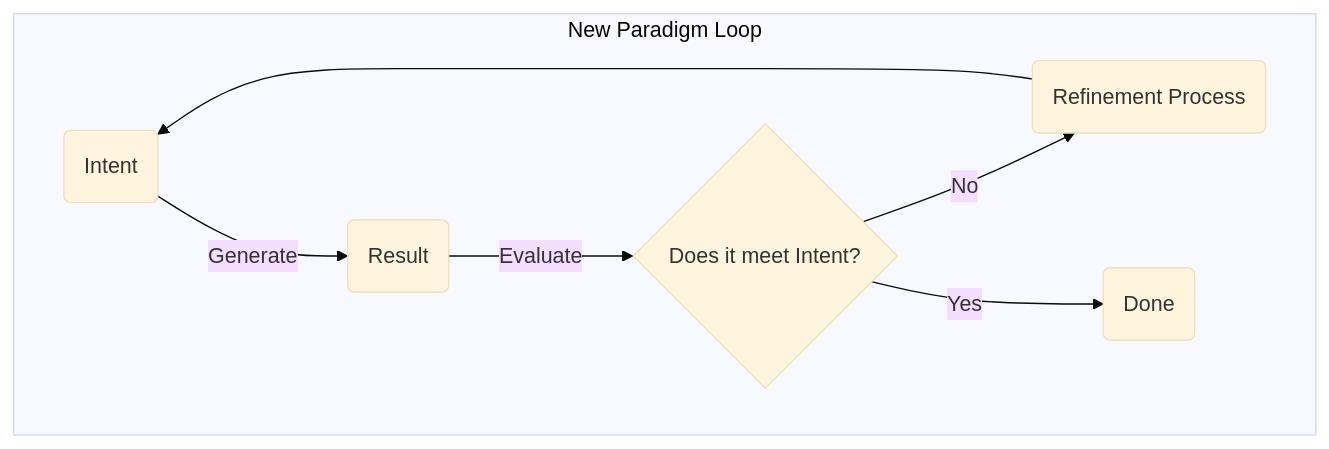
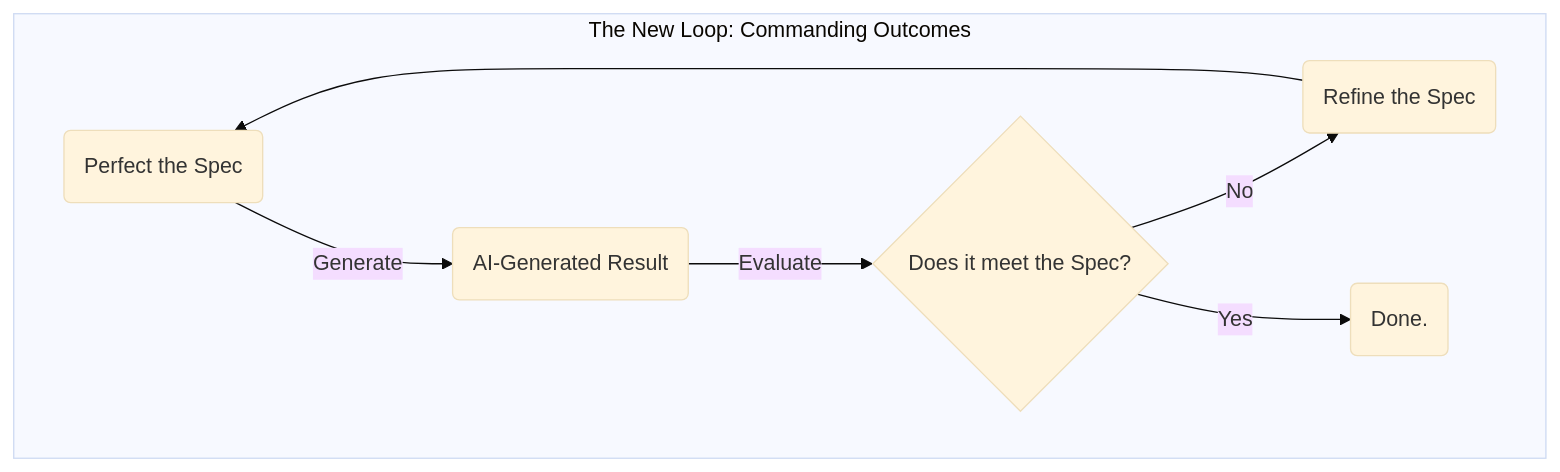
Before and after one commit to bahsim/idgl-dev-system: the second of 2 diagrams in 00-core.md, drawn with Mermaid (base theme). The commit also changed other lines of this file and 27 other files, not shown here.

````diff
--- a/00-core.md
+++ b/00-core.md
@@ -47,10 +42,11 @@
 ```mermaid
 graph TD
-    subgraph New Paradigm Loop
-        A(Intent) -- "Generate" --> B(Result);
-        B -- "Evaluate" --> C{Does it meet Intent?};
-        C -- No --> D(Refinement Process);
-        D --> A;
-        C -- Yes --> E(Done);
+    subgraph "The New Loop: Commanding Outcomes"
+        direction LR
+        D(Perfect the Spec) -- "Generate" --> E(AI-Generated Result);
+        E -- "Evaluate" --> F{Does it meet the Spec?};
+        F -- No --> G(Refine the Spec);
+        G --> D;
+        F -- Yes --> H(Done.);
     end
 ```
````
